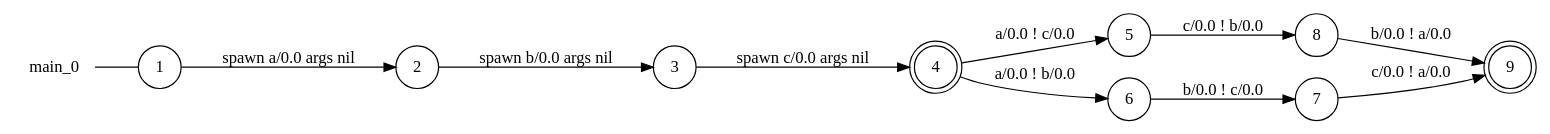
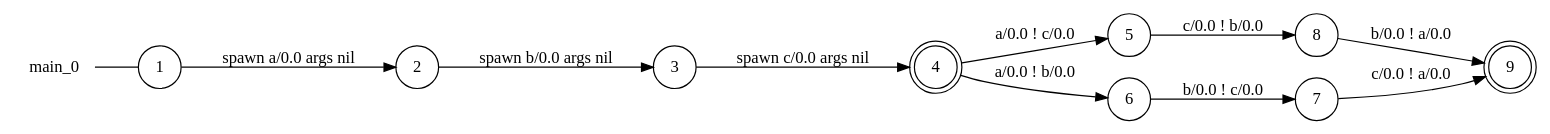
One commit to gabrielegenovese/chorer changed the diagram in examples/if-cases/main_0_local_view.dot. Above: the diagram before and after it, drawn with Graphviz. The commit also changed other lines of this file and 133 other files, not shown here.

```diff
--- a/examples/if-cases/main_0_local_view.dot
+++ b/examples/if-cases/main_0_local_view.dot
@@ -1,24 +1,24 @@
 digraph main_0 {
 	rankdir="LR";
 	n_0 [label="main_0", shape="plaintext"];
 	n_1 [id="9", shape=circle, label="5"];
 	n_2 [id="1", shape=circle, label="1"];
 	n_0 -> n_2 [arrowhead=none];
 	n_3 [id="7", shape=doublecircle, label="4"];
 	n_4 [id="4", shape=circle, label="8"];
 	n_5 [id="6", shape=circle, label="7"];
 	n_6 [id="3", shape=circle, label="2"];
 	n_7 [id="2", shape=doublecircle, label="9"];
 	n_8 [id="10", shape=circle, label="3"];
 	n_9 [id="5", shape=circle, label="6"];
 
-	n_4 -> n_7 [id="[$e|9]", label="b/0.0 ! a/0.0"];
+	n_3 -> n_1 [id="[$e|8]", label="a/0.0 ! c/0.0"];
 	n_9 -> n_5 [id="[$e|2]", label="b/0.0 ! c/0.0"];
 	n_3 -> n_9 [id="[$e|0]", label="a/0.0 ! b/0.0"];
+	n_5 -> n_7 [id="[$e|4]", label="c/0.0 ! a/0.0"];
+	n_2 -> n_6 [id="[$e|5]", label="spawn a/0.0 args nil"];
+	n_4 -> n_7 [id="[$e|9]", label="b/0.0 ! a/0.0"];
 	n_6 -> n_8 [id="[$e|6]", label="spawn b/0.0 args nil"];
 	n_1 -> n_4 [id="[$e|1]", label="c/0.0 ! b/0.0"];
 	n_8 -> n_3 [id="[$e|3]", label="spawn c/0.0 args nil"];
-	n_5 -> n_7 [id="[$e|4]", label="c/0.0 ! a/0.0"];
-	n_2 -> n_6 [id="[$e|5]", label="spawn a/0.0 args nil"];
-	n_3 -> n_1 [id="[$e|8]", label="a/0.0 ! c/0.0"];
 }
```
